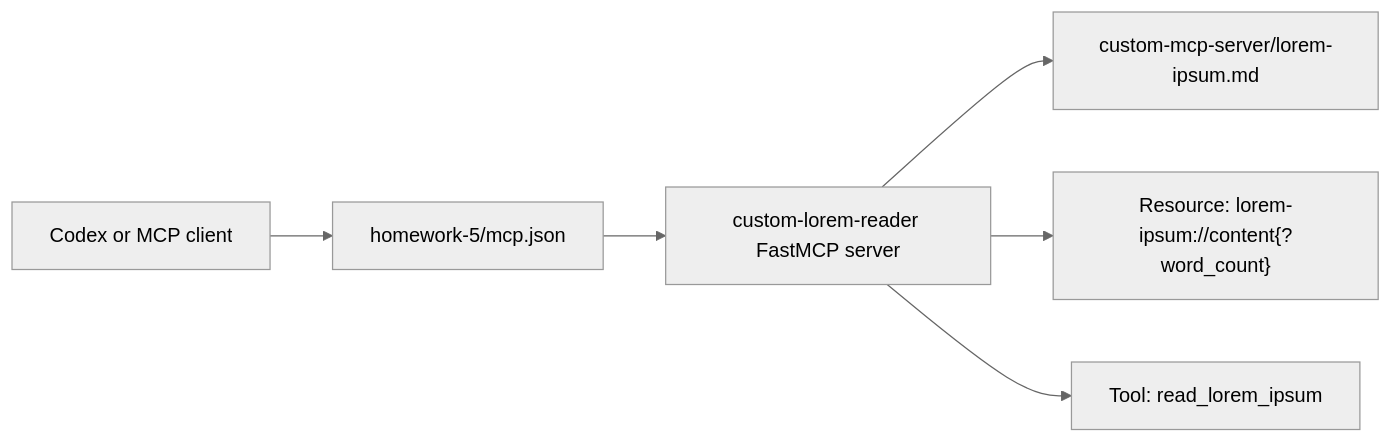
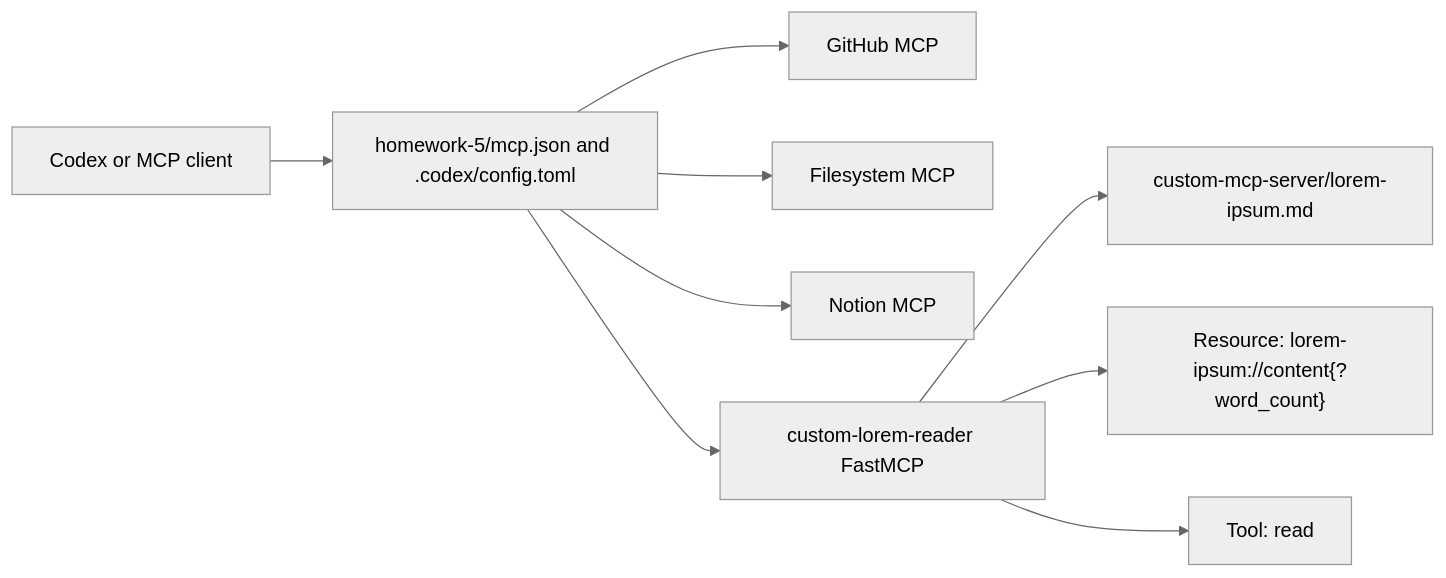
One commit to itxyzzz/gen-ai-se-hw changed the diagram in homework-5/README.md. Above: the diagram before and after it, drawn with Mermaid (neutral theme). The commit also changed other lines of this file and 12 other files, not shown here.

Commit message:
docs(homework-5): add final MCP evidence and README

````diff
--- a/homework-5/README.md
+++ b/homework-5/README.md
@@ -9,8 +9,11 @@
 ```mermaid
 flowchart LR
-    Client["Codex or MCP client"] --> Config["homework-5/mcp.json"]
-    Config --> Server["custom-lorem-reader FastMCP server"]
-    Server --> Source["custom-mcp-server/lorem-ipsum.md"]
-    Server --> Resource["Resource: lorem-ipsum://content{?word_count}"]
-    Server --> Tool["Tool: read_lorem_ipsum"]
+    Client["Codex or MCP client"] --> Config["homework-5/mcp.json and .codex/config.toml"]
+    Config --> GitHub["GitHub MCP"]
+    Config --> FS["Filesystem MCP"]
+    Config --> Notion["Notion MCP"]
+    Config --> Custom["custom-lorem-reader FastMCP"]
+    Custom --> Source["custom-mcp-server/lorem-ipsum.md"]
+    Custom --> Resource["Resource: lorem-ipsum://content{?word_count}"]
+    Custom --> Read["Tool: read"]
 ```
````
